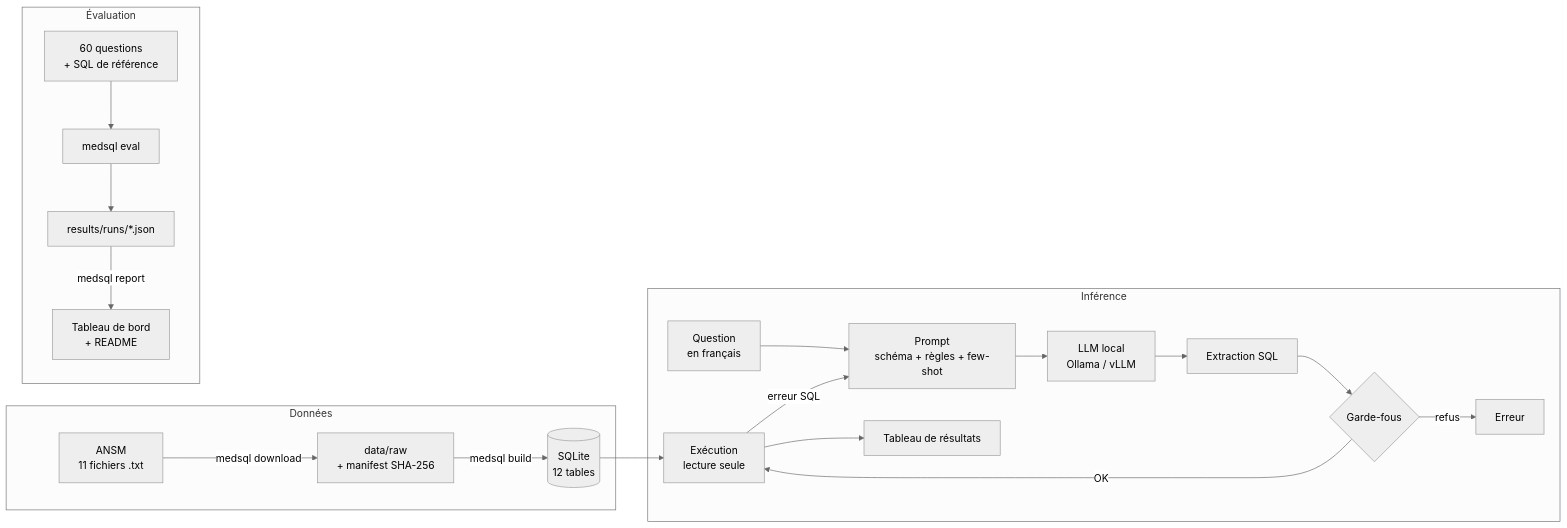
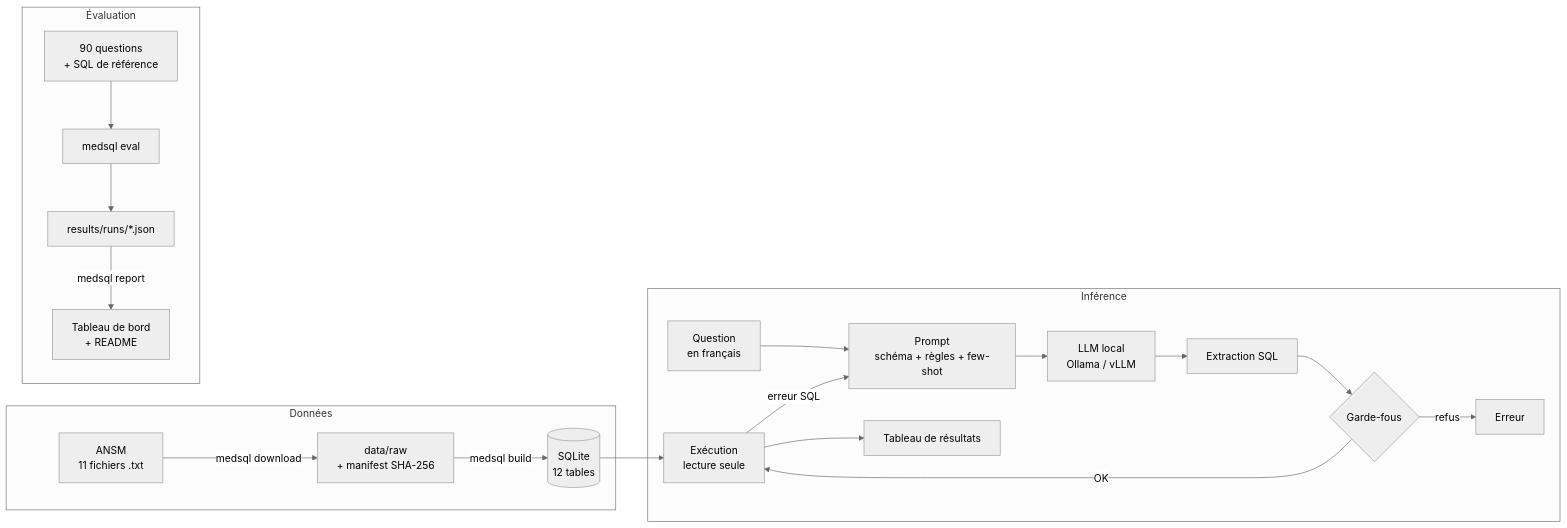
One commit to GracielaTHOO/TEXT_TO_SQL4DRUGS changed the diagram in docs/architecture.md. Above: the diagram before and after it, drawn with Mermaid (neutral theme). The commit also changed 9 other files, not shown here.

````diff
--- a/docs/architecture.md
+++ b/docs/architecture.md
@@ -5,23 +5,23 @@
 ```mermaid
 flowchart LR
     subgraph Données
         A[ANSM<br/>11 fichiers .txt] -->|medsql download| B[data/raw<br/>+ manifest SHA-256]
         B -->|medsql build| C[(SQLite<br/>12 tables)]
     end
     subgraph Inférence
         Q[Question<br/>en français] --> P[Prompt<br/>schéma + règles + few-shot]
         P --> L[LLM local<br/>Ollama / vLLM]
         L --> X[Extraction SQL]
         X --> G{Garde-fous}
         G -->|refus| E[Erreur]
         G -->|OK| R[Exécution<br/>lecture seule]
         R -->|erreur SQL| P
         R --> T[Tableau de résultats]
     end
     C --> R
     subgraph Évaluation
-        D[60 questions<br/>+ SQL de référence] --> V[medsql eval]
+        D[90 questions<br/>+ SQL de référence] --> V[medsql eval]
         V --> J[results/runs/*.json]
         J -->|medsql report| H[Tableau de bord<br/>+ README]
     end
 ```
````
